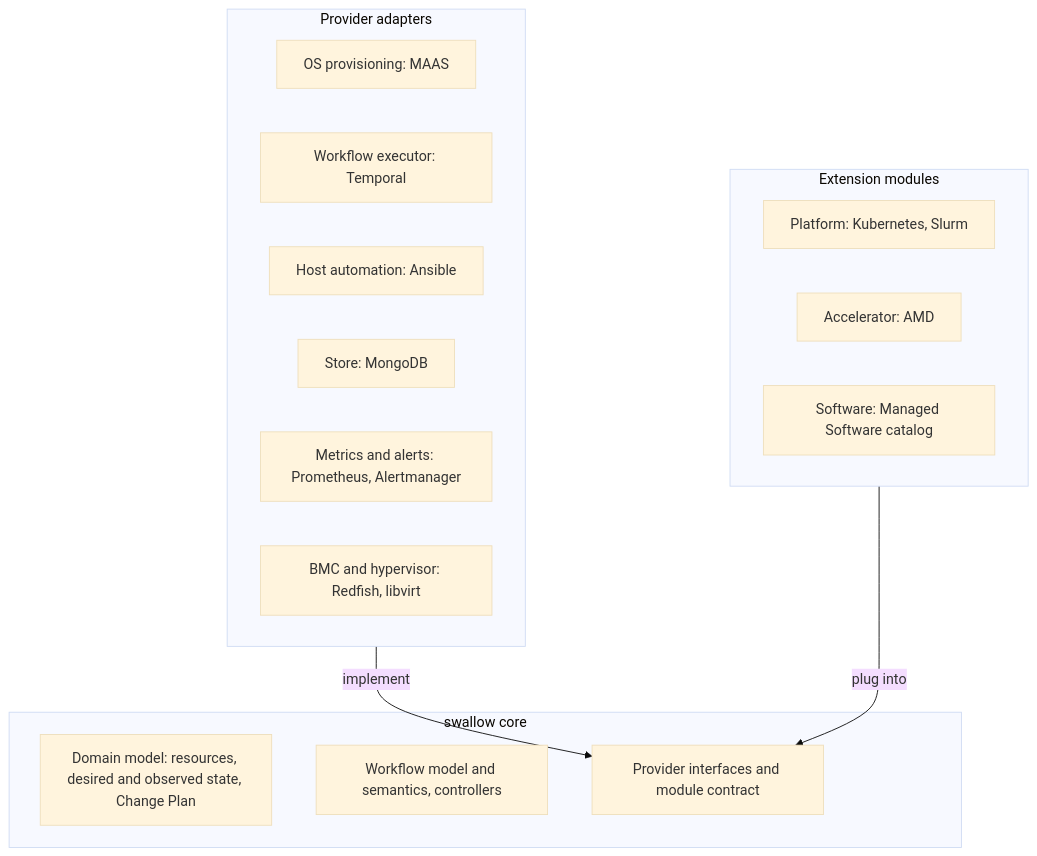
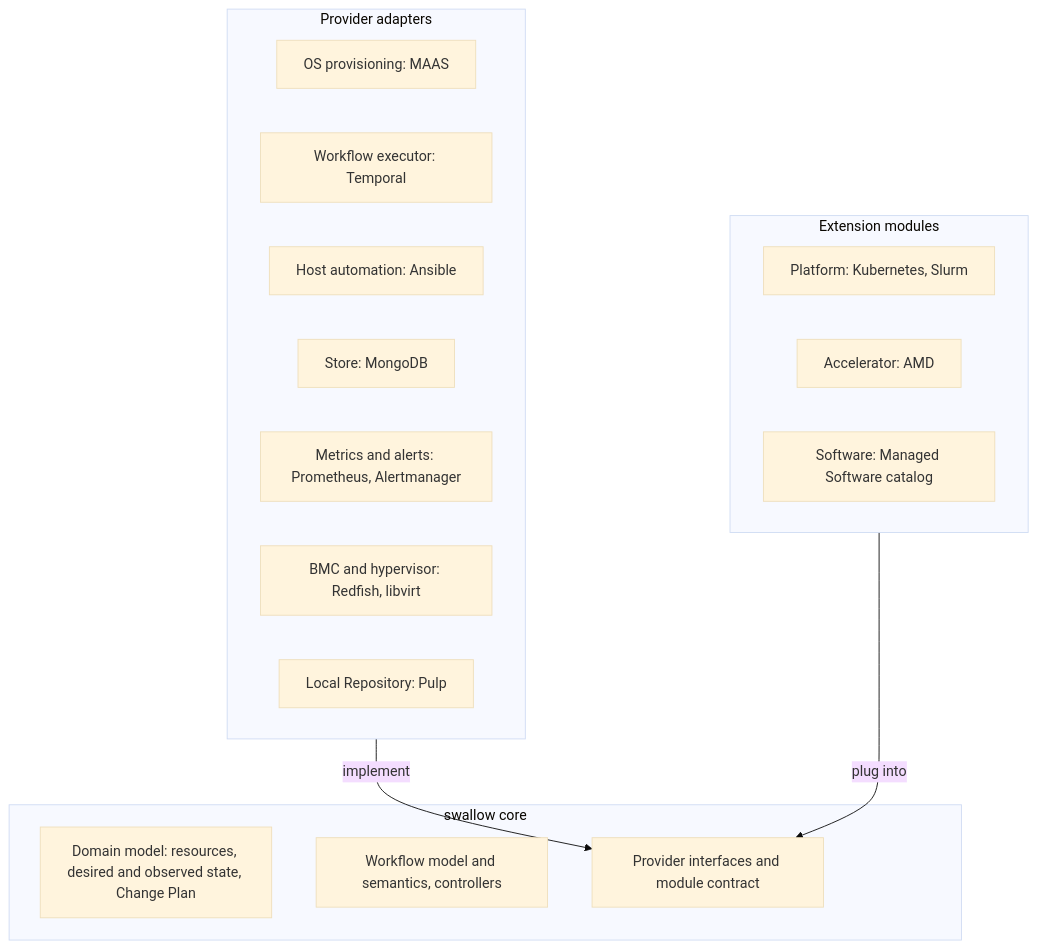
One commit to maple52046/swallow changed the diagram in docs/development/core-and-extensions.md. Above: the diagram before and after it, drawn with Mermaid (base theme). The commit also changed other lines of this file and 197 other files, not shown here.

````diff
--- a/docs/development/core-and-extensions.md
+++ b/docs/development/core-and-extensions.md
@@ -14,23 +14,24 @@
 ```mermaid
 flowchart TB
     subgraph coreBox [swallow core]
         domain["Domain model: resources, desired and observed state, Change Plan"]
         wf["Workflow model and semantics, controllers"]
         ports["Provider interfaces and module contract"]
     end
     subgraph adapters [Provider adapters]
         maas["OS provisioning: MAAS"]
         temporal["Workflow executor: Temporal"]
         ansible["Host automation: Ansible"]
         mongo["Store: MongoDB"]
         prom["Metrics and alerts: Prometheus, Alertmanager"]
         bmc["BMC and hypervisor: Redfish, libvirt"]
+        repo["Local Repository: Pulp"]
     end
     subgraph mods [Extension modules]
         platformMods["Platform: Kubernetes, Slurm"]
         accelMods["Accelerator: AMD"]
         softwareMods["Software: Managed Software catalog"]
     end
     adapters -->|implement| ports
     mods -->|plug into| ports
 ```
````
